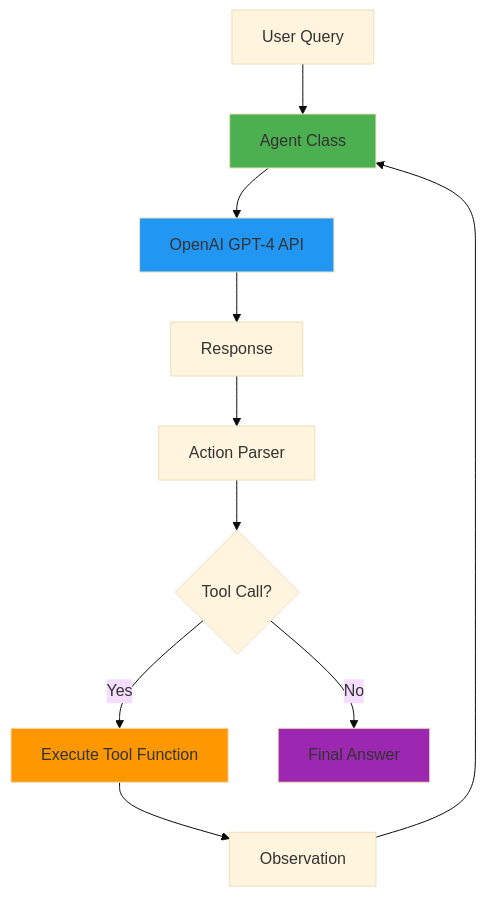
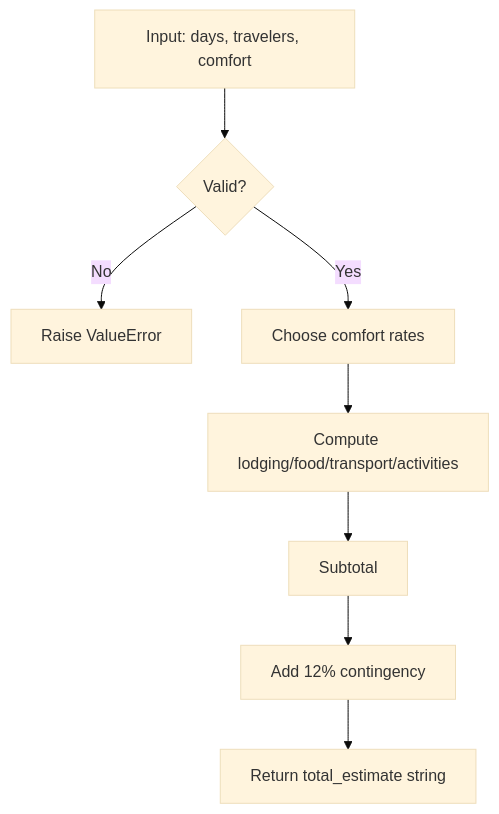
The first of 4 diagrams in 0_simple_agent.md (Project-Be-Better/learning-swe5008-archaas), drawn with Mermaid (base theme) before and after one commit. The commit also changed other lines of this file and 2 other files, not shown here.

````diff
--- a/0_simple_agent.md
+++ b/0_simple_agent.md
@@ -1,17 +72,10 @@
 ```mermaid
-graph TB
-    User[User Query] --> Agent[Agent Class]
-    Agent --> OpenAI[OpenAI GPT-4 API]
-    OpenAI --> Response[Response]
-    Response --> Parser[Action Parser]
-    Parser --> Tool{Tool Call?}
-    Tool -->|Yes| Execute[Execute Tool Function]
-    Tool -->|No| Final[Final Answer]
-    Execute --> Observation[Observation]
-    Observation --> Agent
-
-    style Agent fill:#4CAF50
-    style OpenAI fill:#2196F3
-    style Execute fill:#FF9800
-    style Final fill:#9C27B0
+flowchart TD
+    A[Input: days, travelers, comfort] --> B{Valid?}
+    B -->|No| C[Raise ValueError]
+    B -->|Yes| D[Choose comfort rates]
+    D --> E[Compute lodging/food/transport/activities]
+    E --> F[Subtotal]
+    F --> G[Add 12% contingency]
+    G --> H[Return total_estimate string]
 ```
````
